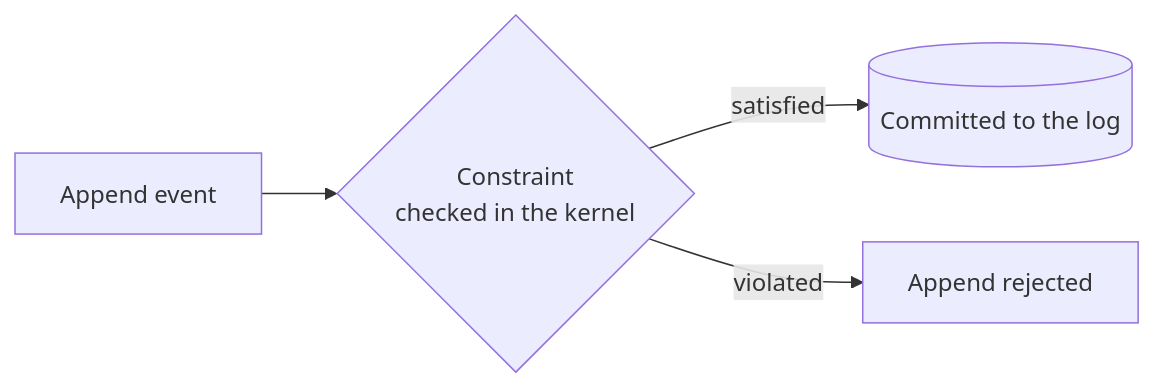
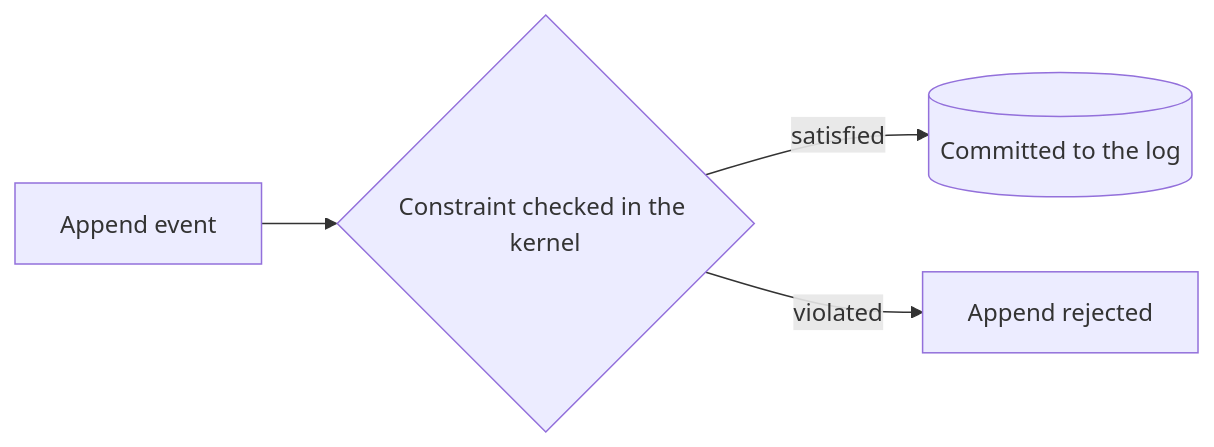
The diagram in Documentation/constraints/index.md (Cratis/Chronicle), drawn with Mermaid before and after one commit. The commit also changed 43 other files, not shown here.

````diff
--- a/Documentation/constraints/index.md
+++ b/Documentation/constraints/index.md
@@ -5,6 +5,6 @@
 ```mermaid
 flowchart LR
-    A[Append event] --> C{Constraint<br/>checked in the kernel}
+    A[Append event] --> C{"Constraint checked in the kernel"}
     C -->|satisfied| K[(Committed to the log)]
     C -->|violated| R[Append rejected]
 ```
````
